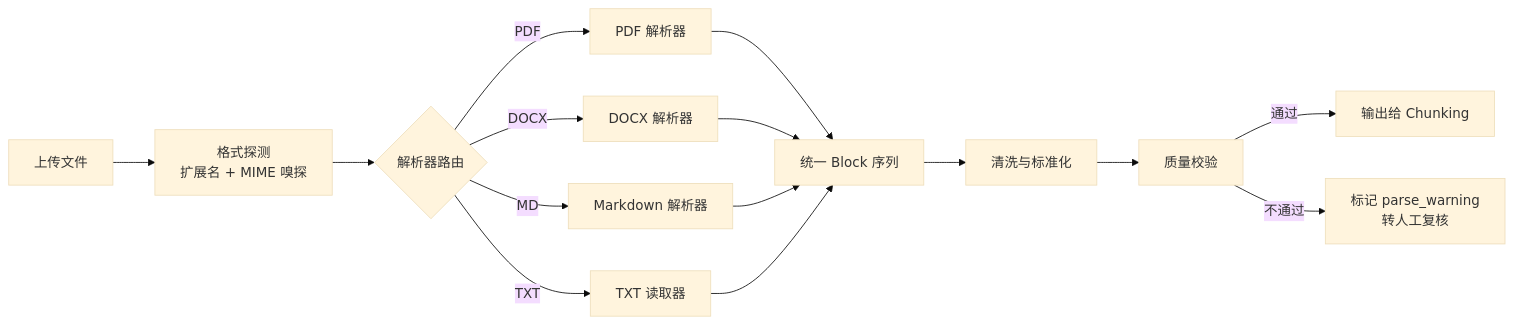
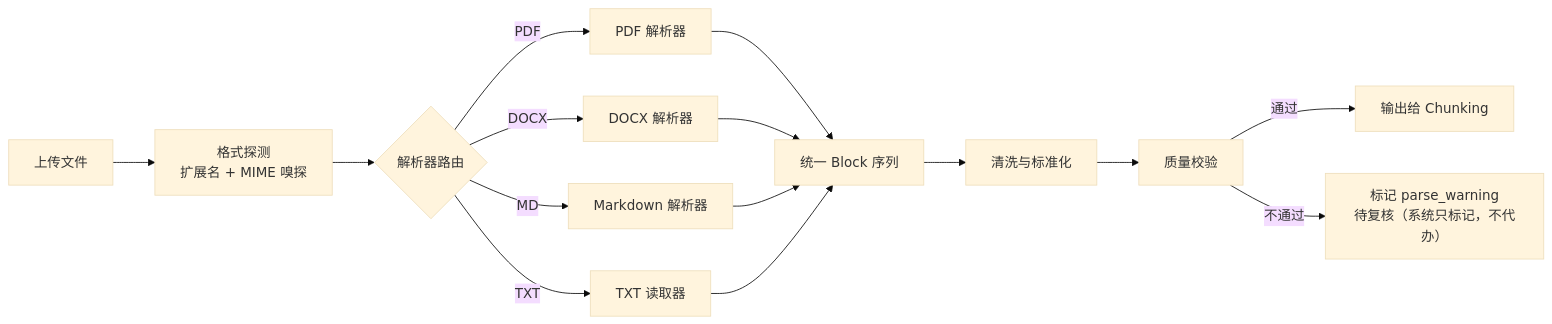
One commit to heijin123/docagent2 changed the second of 3 diagrams in docs/enterprise-qa-agent-requirements.md. Above: the diagram before and after it, drawn with Mermaid (base theme). The commit also changed other lines of this file and 37 other files, not shown here.

````diff
--- a/docs/enterprise-qa-agent-requirements.md
+++ b/docs/enterprise-qa-agent-requirements.md
@@ -138,14 +138,14 @@
 ```mermaid
 flowchart LR
     A[上传文件] --> B[格式探测<br/>扩展名 + MIME 嗅探]
     B --> C{解析器路由}
     C -->|PDF| D1[PDF 解析器]
     C -->|DOCX| D2[DOCX 解析器]
     C -->|MD| D3[Markdown 解析器]
     C -->|TXT| D4[TXT 读取器]
     D1 & D2 & D3 & D4 --> E[统一 Block 序列]
     E --> F[清洗与标准化]
     F --> G[质量校验]
     G -->|通过| H[输出给 Chunking]
-    G -->|不通过| I[标记 parse_warning<br/>转人工复核]
+    G -->|不通过| I[标记 parse_warning<br/>待复核（系统只标记，不代办）]
 ```
````
